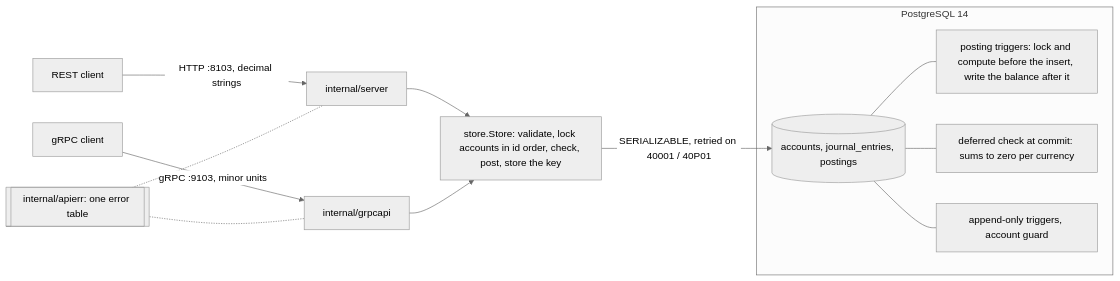
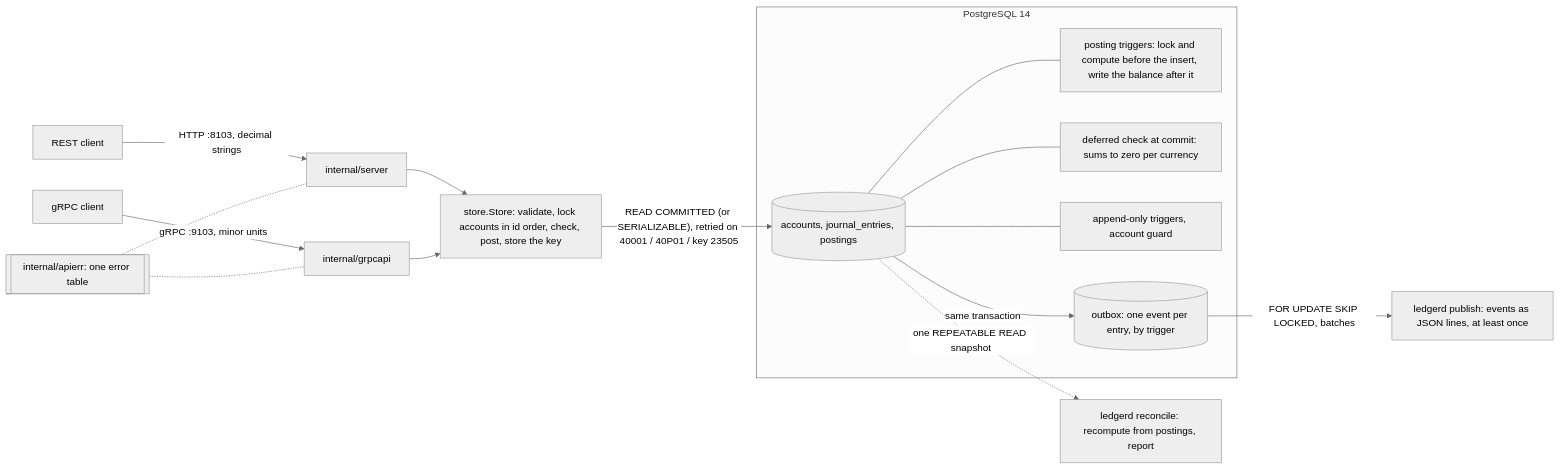
Before and after one commit to vivekdavara/ledger: the diagram in README.md, drawn with Mermaid (neutral theme). The commit also changed other lines of this file, not shown here.

First line of the commit message:
Docs: day 3 in the README (results, publish and reconcile, the tests)

````diff
--- a/README.md
+++ b/README.md
@@ -18,20 +20,24 @@
 ```mermaid
 flowchart LR
     R[REST client] -- "HTTP :8103, decimal strings" --> H[internal/server]
     G[gRPC client] -- "gRPC :9103, minor units" --> P[internal/grpcapi]
     H --> S
     P --> S
     S["store.Store: validate, lock accounts in id order, check, post, store the key"]
     E[[internal/apierr: one error table]] -.- H
     E -.- P
-    S -- "SERIALIZABLE, retried on 40001 / 40P01" --> TBL
+    S -- "READ COMMITTED (or SERIALIZABLE), retried on 40001 / 40P01 / key 23505" --> TBL
     subgraph PG [PostgreSQL 14]
         TBL[("accounts, journal_entries, postings")]
         T1["posting triggers: lock and compute before the insert, write the balance after it"]
         T2["deferred check at commit: sums to zero per currency"]
         T3["append-only triggers, account guard"]
+        OB[("outbox: one event per entry, by trigger")]
         TBL --- T1
         TBL --- T2
         TBL --- T3
+        TBL -- "same transaction" --> OB
     end
+    OB -- "FOR UPDATE SKIP LOCKED, batches" --> PUB["ledgerd publish: events as JSON lines, at least once"]
+    TBL -. "one REPEATABLE READ snapshot" .-> REC["ledgerd reconcile: recompute from postings, report"]
 ```
````
